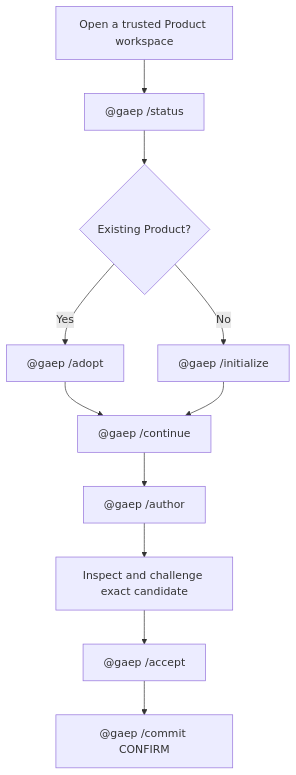
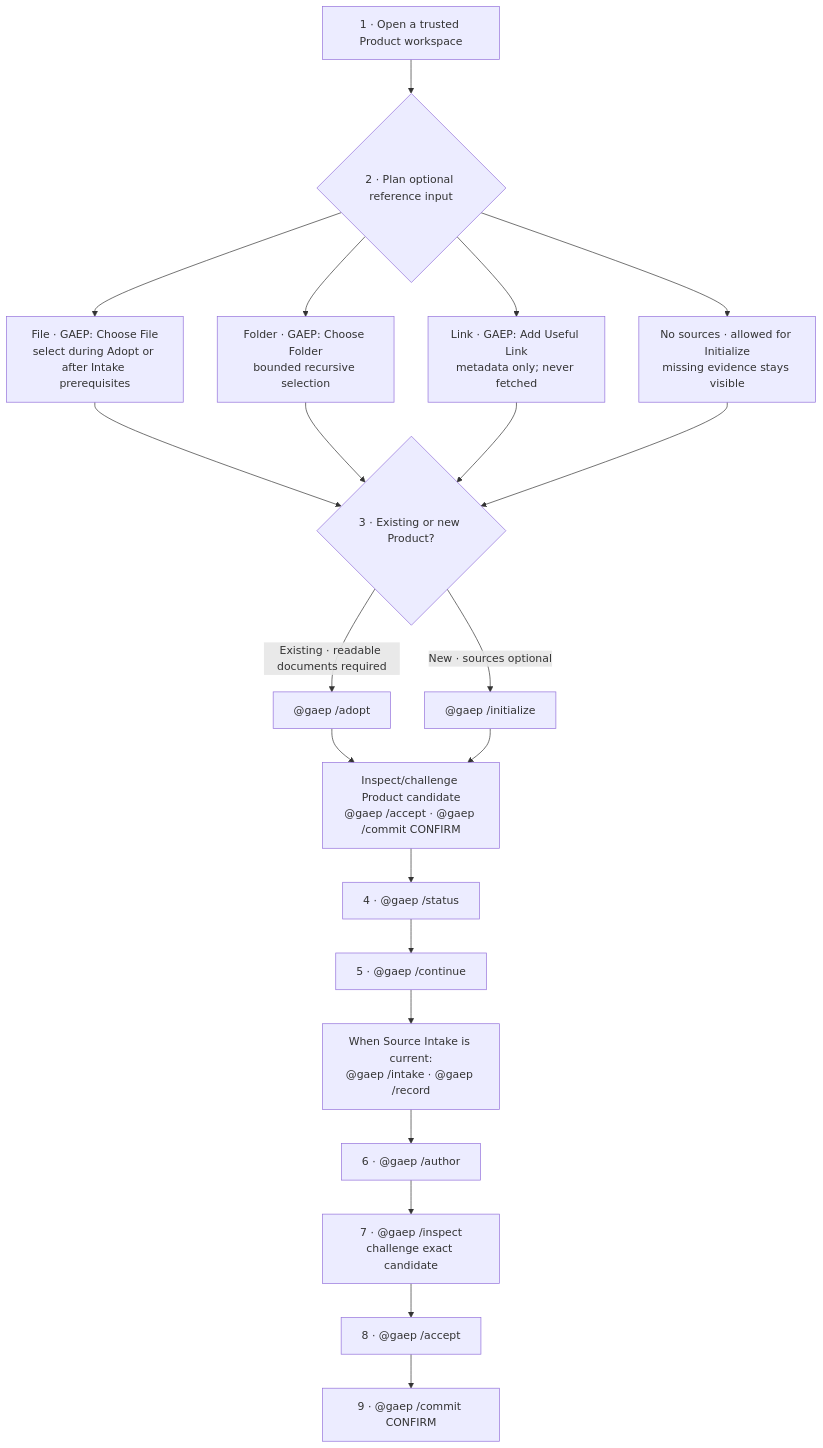
One commit to panahister/GAEP changed the third of 11 diagrams in apps/vscode/media/GAEP_GUIDE.md. Above: the diagram before and after it, drawn with Mermaid. The commit also changed other lines of this file and 4 other files, not shown here.

Commit message:
fix(guideline): implement source-first and checkpoint guidance

````diff
--- a/apps/vscode/media/GAEP_GUIDE.md
+++ b/apps/vscode/media/GAEP_GUIDE.md
@@ -108,12 +108,21 @@
 ```mermaid
-%% First-session path
+%% First-session source-first path
 flowchart TD
-  open["Open a trusted Product workspace"] --> status["@gaep /status"]
-  status --> adopt{"Existing Product?"}
-  adopt -- "Yes" --> existing["@gaep /adopt"]
-  adopt -- "No" --> initialize["@gaep /initialize"]
-  existing --> next["@gaep /continue"]
-  initialize --> next
-  next --> author["@gaep /author"] --> review["Inspect and challenge exact candidate"]
-  review --> accept["@gaep /accept"] --> commit["@gaep /commit CONFIRM"]
+  open["1 · Open a trusted Product workspace"] --> sources{"2 · Plan optional reference input"}
+  sources --> files["File · GAEP: Choose File<br/>select during Adopt or after Intake prerequisites"]
+  sources --> folder["Folder · GAEP: Choose Folder<br/>bounded recursive selection"]
+  sources --> link["Link · GAEP: Add Useful Link<br/>metadata only; never fetched"]
+  sources --> none["No sources · allowed for Initialize<br/>missing evidence stays visible"]
+  files --> route{"3 · Existing or new Product?"}
+  folder --> route
+  link --> route
+  none --> route
+  route -- "Existing · readable documents required" --> adopt["@gaep /adopt"]
+  route -- "New · sources optional" --> initialize["@gaep /initialize"]
+  adopt --> productReview["Inspect/challenge Product candidate<br/>@gaep /accept · @gaep /commit CONFIRM"]
+  initialize --> productReview
+  productReview --> status["4 · @gaep /status"] --> next["5 · @gaep /continue"]
+  next --> intake["When Source Intake is current:<br/>@gaep /intake · @gaep /record"]
+  intake --> author["6 · @gaep /author"] --> review["7 · @gaep /inspect<br/>challenge exact candidate"]
+  review --> accept["8 · @gaep /accept"] --> commit["9 · @gaep /commit CONFIRM"]
 ```
````
